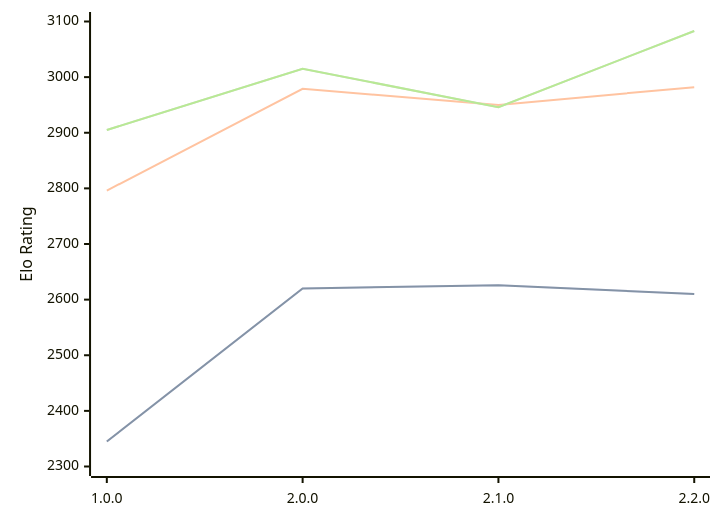
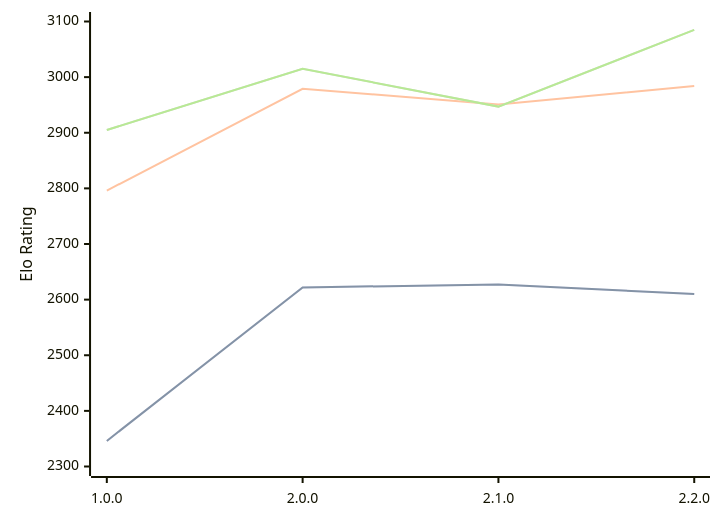
One commit to computer-chess-index/cci changed the diagram in engines/Catalyst.md. Above: the diagram before and after it, drawn with Mermaid. The commit also changed other lines of this file, not shown here.

Commit message:
Update CCI Ratings (ELO VLTC) - 2026-04-12

````diff
--- a/engines/Catalyst.md
+++ b/engines/Catalyst.md
@@ -34,11 +34,11 @@
 ```mermaid
 %%{init: {"theme":"base","themeVariables":{"seriesColors:['#a3a3a3','#222221','#faa371']}}}%%
 xychart-beta
   x-axis ["1.0.0", "2.0.0", "2.1.0", "2.2.0"]
   y-axis "Elo Rating" 2300 --> 3100
-  line "STC (8.0+0.08s)" [2345, 2620, 2626, 2610]
-  line "STC (8.0+0.08s)" [2345, 2620, 2626, 2610]
-  line "LTC (60.0+0.60s)" [2796, 2979, 2950, 2982]
-  line "VLTC (2m24s+1.12s)" [2905, 3015, 2946, 3083]
-  line "VLTC (2m24s+1.12s)" [2905, 3015, 2946, 3083]
+  line "STC (8.0+0.08s)" [2346, 2622, 2627, 2610]
+  line "STC (8.0+0.08s)" [2346, 2622, 2627, 2610]
+  line "LTC (60.0+0.60s)" [2796, 2979, 2951, 2984]
+  line "VLTC (2m24s+1.12s)" [2905, 3015, 2947, 3085]
+  line "VLTC (2m24s+1.12s)" [2905, 3015, 2947, 3085]
 ```
````
